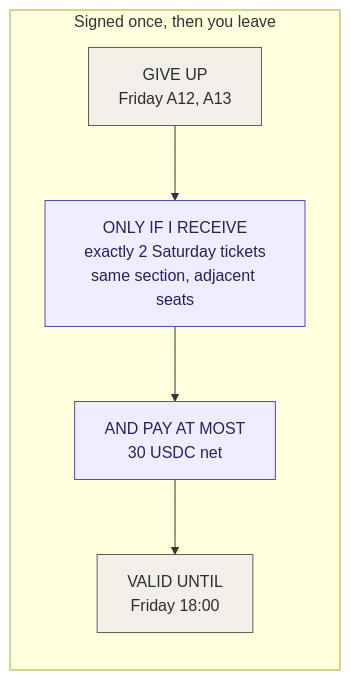
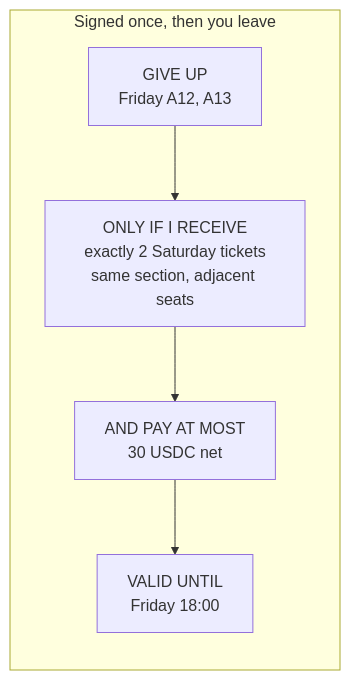
The third of 26 diagrams in README.md (angelphoon7/online2026), drawn with Mermaid before and after one commit. The commit also changed other lines of this file, not shown here.

````diff
--- a/README.md
+++ b/README.md
@@ -93,16 +74,11 @@
 ```mermaid
 flowchart TD
     subgraph INTENT["Signed once, then you leave"]
         direction TB
         G["GIVE UP<br/>Friday A12, A13"]
         R["ONLY IF I RECEIVE<br/>exactly 2 Saturday tickets<br/>same section, adjacent seats"]
         P["AND PAY AT MOST<br/>30 USDC net"]
         D["VALID UNTIL<br/>Friday 18:00"]
         G --> R --> P --> D
     end
-
-    style G fill:#F1EFE8,stroke:#5F5E5A,color:#2C2C2A
-    style R fill:#EEEDFE,stroke:#534AB7,color:#26215C
-    style P fill:#EEEDFE,stroke:#534AB7,color:#26215C
-    style D fill:#F1EFE8,stroke:#5F5E5A,color:#2C2C2A
 ```
````
